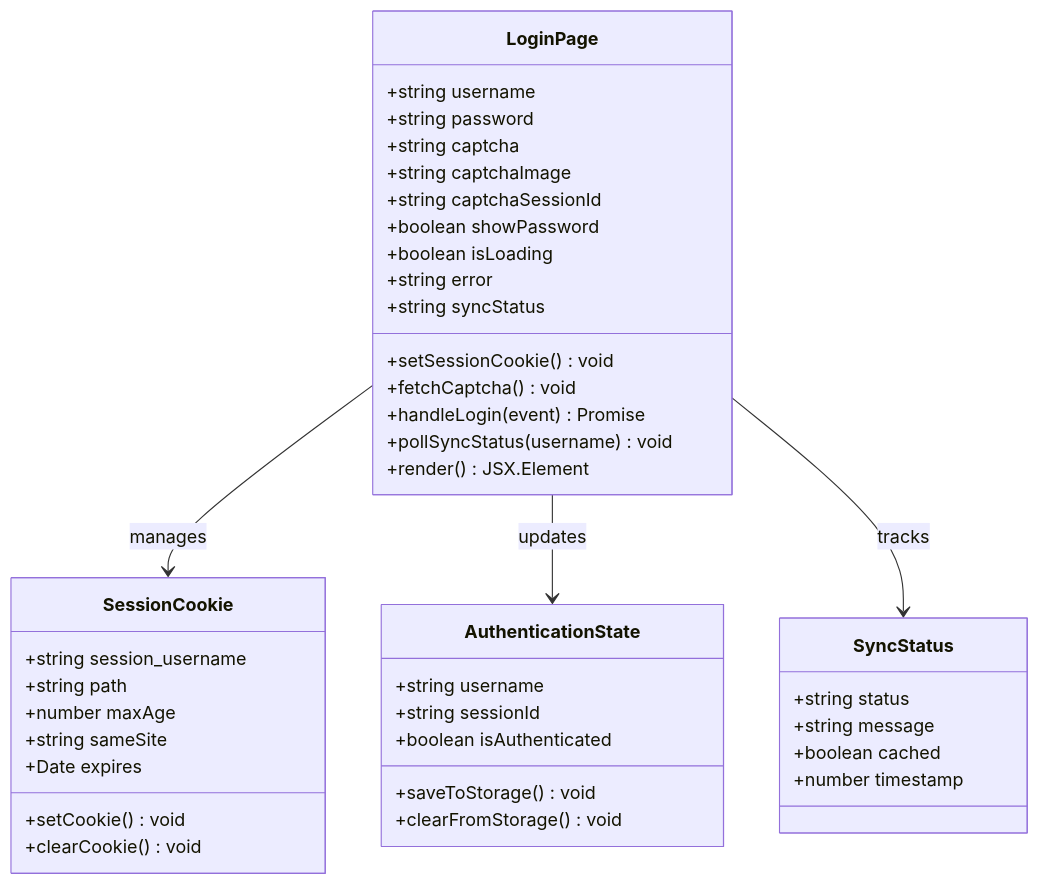
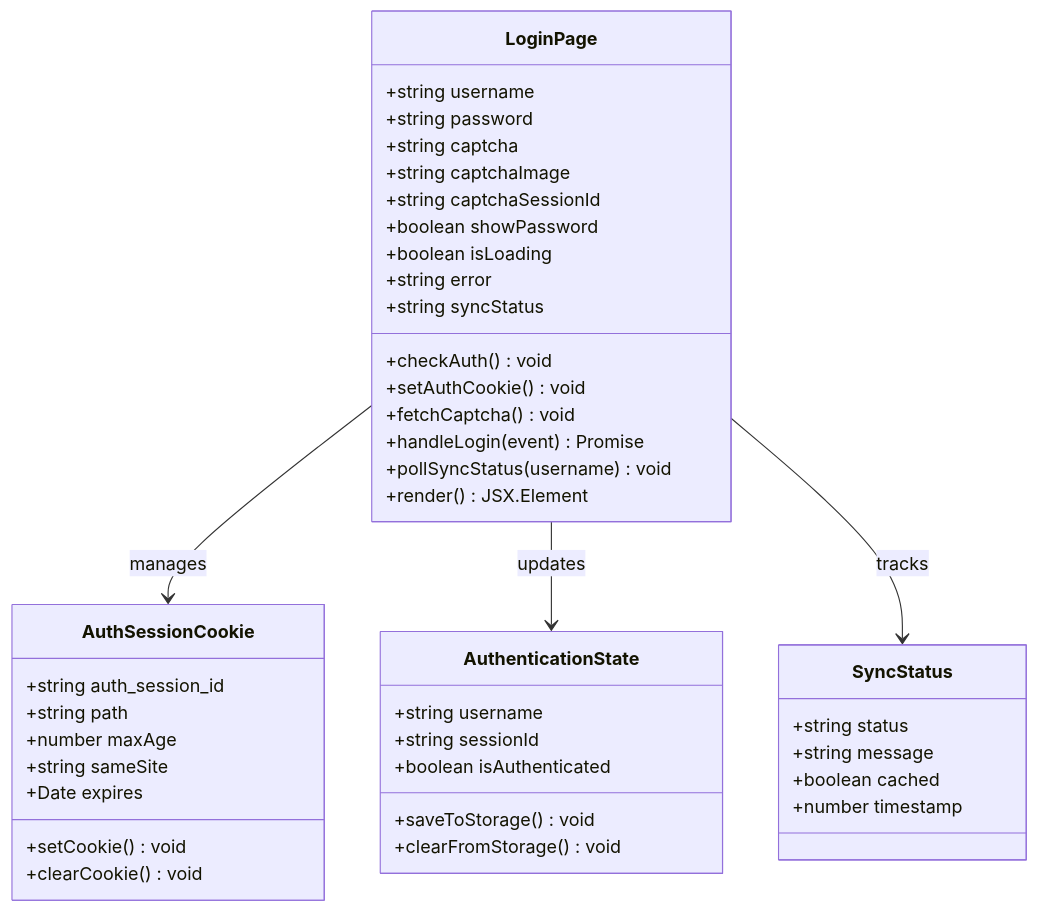
The seventh of 14 diagrams in .qoder/repowiki/zh/content/前端应用文档/登录页面与认证流程.md (ghbbn053-ship-itsoulddog/soulddog), drawn with Mermaid before and after one commit. The commit also changed other lines of this file and 119 other files, not shown here.

````diff
--- a/.qoder/repowiki/zh/content/前端应用文档/登录页面与认证流程.md
+++ b/.qoder/repowiki/zh/content/前端应用文档/登录页面与认证流程.md
@@ -283,44 +339,45 @@
 ```mermaid
 classDiagram
 class LoginPage {
 +string username
 +string password
 +string captcha
 +string captchaImage
 +string captchaSessionId
 +boolean showPassword
 +boolean isLoading
 +string error
 +string syncStatus
-+setSessionCookie() void
++checkAuth() void
++setAuthCookie() void
 +fetchCaptcha() void
 +handleLogin(event) Promise
 +pollSyncStatus(username) void
 +render() JSX.Element
 }
-class SessionCookie {
-+string session_username
+class AuthSessionCookie {
++string auth_session_id
 +string path
 +number maxAge
 +string sameSite
 +Date expires
 +setCookie() void
 +clearCookie() void
 }
 class AuthenticationState {
 +string username
 +string sessionId
 +boolean isAuthenticated
 +saveToStorage() void
 +clearFromStorage() void
 }
 class SyncStatus {
 +string status
 +string message
 +boolean cached
 +number timestamp
 }
-LoginPage --> SessionCookie : manages
+LoginPage --> AuthSessionCookie : manages
 LoginPage --> AuthenticationState : updates
 LoginPage --> SyncStatus : tracks
 ```
````
